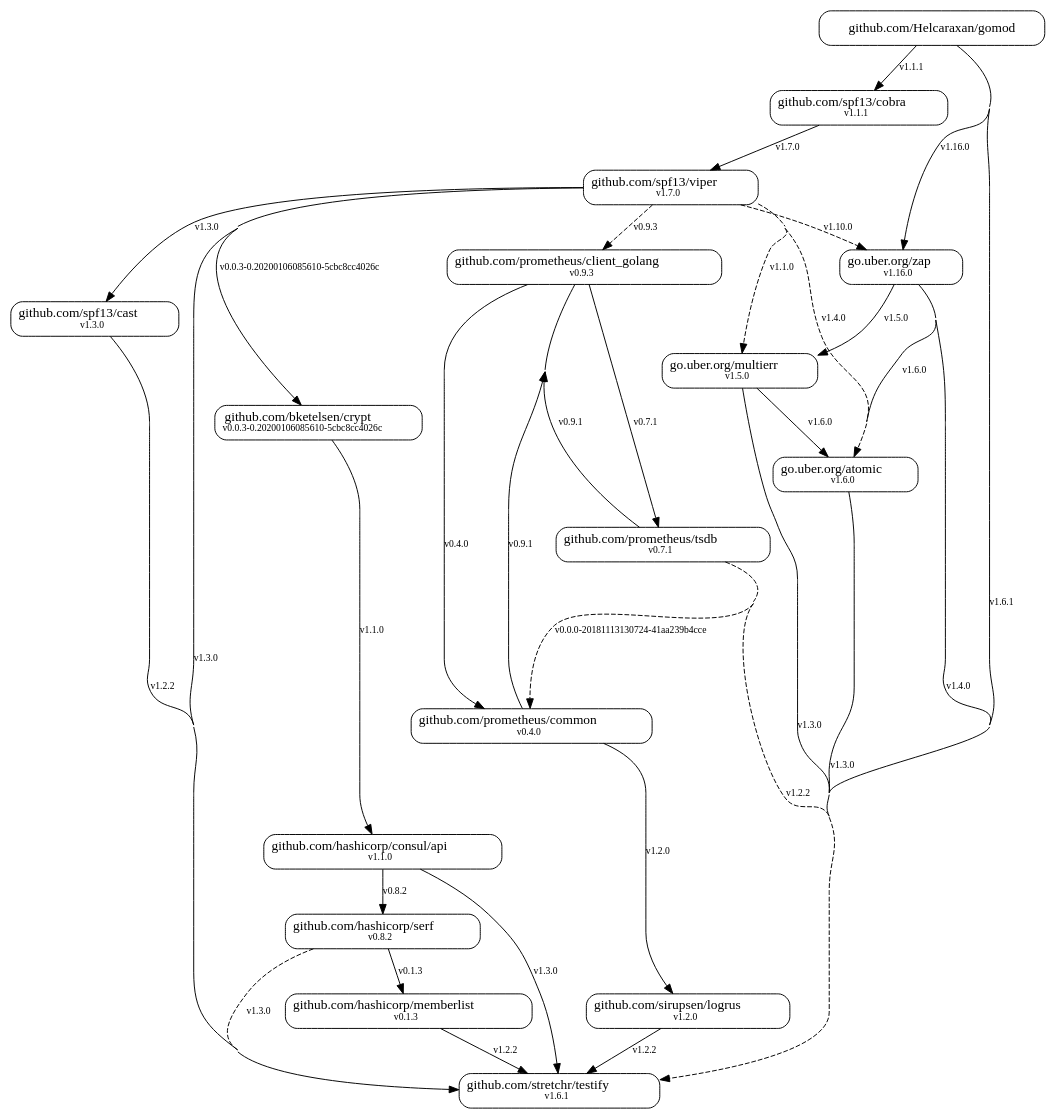
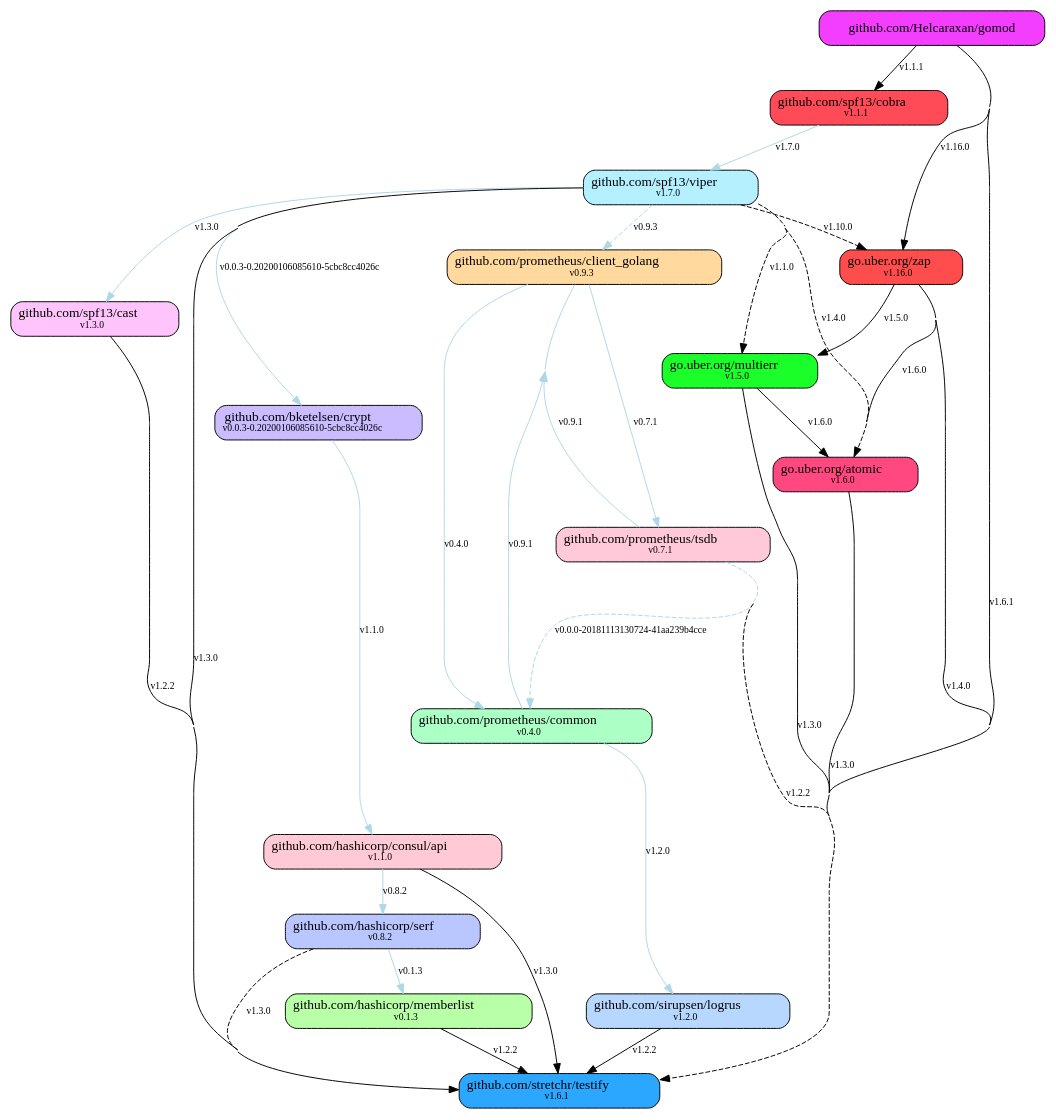
One commit to Helcaraxan/gomod changed the diagram in images/dependency-chains.dot. Above: the diagram before and after it, drawn with Graphviz. The commit also changed 12 other files, not shown here.

Commit message:
Colour-code graph nodes

```diff
--- a/images/dependency-chains.dot
+++ b/images/dependency-chains.dot
@@ -1,53 +1,53 @@
 strict digraph {
-  node [shape=box,style=rounded]
+  node [shape=box,style="rounded,filled"]
   start=0
   concentrate=true
-  "github.com/Helcaraxan/gomod"
-  "github.com/bketelsen/crypt" [label=<github.com/bketelsen/crypt<br /><font point-size="10">v0.0.3-0.20200106085610-5cbc8cc4026c</font>>]
-  "github.com/hashicorp/consul/api" [label=<github.com/hashicorp/consul/api<br /><font point-size="10">v1.1.0</font>>]
-  "github.com/hashicorp/memberlist" [label=<github.com/hashicorp/memberlist<br /><font point-size="10">v0.1.3</font>>]
-  "github.com/hashicorp/serf" [label=<github.com/hashicorp/serf<br /><font point-size="10">v0.8.2</font>>]
-  "github.com/prometheus/client_golang" [label=<github.com/prometheus/client_golang<br /><font point-size="10">v0.9.3</font>>]
-  "github.com/prometheus/common" [label=<github.com/prometheus/common<br /><font point-size="10">v0.4.0</font>>]
-  "github.com/prometheus/tsdb" [label=<github.com/prometheus/tsdb<br /><font point-size="10">v0.7.1</font>>]
-  "github.com/sirupsen/logrus" [label=<github.com/sirupsen/logrus<br /><font point-size="10">v1.2.0</font>>]
-  "github.com/spf13/cast" [label=<github.com/spf13/cast<br /><font point-size="10">v1.3.0</font>>]
-  "github.com/spf13/cobra" [label=<github.com/spf13/cobra<br /><font point-size="10">v1.1.1</font>>]
-  "github.com/spf13/viper" [label=<github.com/spf13/viper<br /><font point-size="10">v1.7.0</font>>]
-  "github.com/stretchr/testify" [label=<github.com/stretchr/testify<br /><font point-size="10">v1.6.1</font>>]
-  "go.uber.org/atomic" [label=<go.uber.org/atomic<br /><font point-size="10">v1.6.0</font>>]
-  "go.uber.org/multierr" [label=<go.uber.org/multierr<br /><font point-size="10">v1.5.0</font>>]
-  "go.uber.org/zap" [label=<go.uber.org/zap<br /><font point-size="10">v1.16.0</font>>]
+  "github.com/Helcaraxan/gomod" [fontcolor="0.000 0.000 0.000",fillcolor="0.824 0.753 1.000"]
+  "github.com/bketelsen/crypt" [fontcolor="0.000 0.000 0.000",fillcolor="0.702 0.260 1.000",label=<github.com/bketelsen/crypt<br /><font point-size="10">v0.0.3-0.20200106085610-5cbc8cc4026c</font>>]
+  "github.com/hashicorp/consul/api" [fontcolor="0.000 0.000 0.000",fillcolor="0.965 0.207 1.000",label=<github.com/hashicorp/consul/api<br /><font point-size="10">v1.1.0</font>>]
+  "github.com/hashicorp/memberlist" [fontcolor="0.000 0.000 0.000",fillcolor="0.302 0.340 1.000",label=<github.com/hashicorp/memberlist<br /><font point-size="10">v0.1.3</font>>]
+  "github.com/hashicorp/serf" [fontcolor="0.000 0.000 0.000",fillcolor="0.635 0.273 1.000",label=<github.com/hashicorp/serf<br /><font point-size="10">v0.8.2</font>>]
+  "github.com/prometheus/client_golang" [fontcolor="0.000 0.000 0.000",fillcolor="0.102 0.380 1.000",label=<github.com/prometheus/client_golang<br /><font point-size="10">v0.9.3</font>>]
+  "github.com/prometheus/common" [fontcolor="0.000 0.000 0.000",fillcolor="0.384 0.323 1.000",label=<github.com/prometheus/common<br /><font point-size="10">v0.4.0</font>>]
+  "github.com/prometheus/tsdb" [fontcolor="0.000 0.000 0.000",fillcolor="0.945 0.211 1.000",label=<github.com/prometheus/tsdb<br /><font point-size="10">v0.7.1</font>>]
+  "github.com/sirupsen/logrus" [fontcolor="0.000 0.000 0.000",fillcolor="0.592 0.282 1.000",label=<github.com/sirupsen/logrus<br /><font point-size="10">v1.2.0</font>>]
+  "github.com/spf13/cast" [fontcolor="0.000 0.000 0.000",fillcolor="0.843 0.231 1.000",label=<github.com/spf13/cast<br /><font point-size="10">v1.3.0</font>>]
+  "github.com/spf13/cobra" [fontcolor="0.000 0.000 0.000",fillcolor="0.988 0.704 1.000",label=<github.com/spf13/cobra<br /><font point-size="10">v1.1.1</font>>]
+  "github.com/spf13/viper" [fontcolor="0.000 0.000 0.000",fillcolor="0.533 0.293 1.000",label=<github.com/spf13/viper<br /><font point-size="10">v1.7.0</font>>]
+  "github.com/stretchr/testify" [fontcolor="0.000 0.000 0.000",fillcolor="0.569 0.829 1.000",label=<github.com/stretchr/testify<br /><font point-size="10">v1.6.1</font>>]
+  "go.uber.org/atomic" [fontcolor="0.000 0.000 0.000",fillcolor="0.949 0.715 1.000",label=<go.uber.org/atomic<br /><font point-size="10">v1.6.0</font>>]
+  "go.uber.org/multierr" [fontcolor="0.000 0.000 0.000",fillcolor="0.345 0.896 1.000",label=<go.uber.org/multierr<br /><font point-size="10">v1.5.0</font>>]
+  "go.uber.org/zap" [fontcolor="0.000 0.000 0.000",fillcolor="1.000 0.700 1.000",label=<go.uber.org/zap<br /><font point-size="10">v1.16.0</font>>]
   "github.com/Helcaraxan/gomod" -> "github.com/spf13/cobra" [label=<<font point-size="10">v1.1.1</font>>]
   "github.com/Helcaraxan/gomod" -> "github.com/stretchr/testify" [minlen=4,label=<<font point-size="10">v1.6.1</font>>]
   "github.com/Helcaraxan/gomod" -> "go.uber.org/zap" [minlen=3,label=<<font point-size="10">v1.16.0</font>>]
-  "github.com/bketelsen/crypt" -> "github.com/hashicorp/consul/api" [label=<<font point-size="10">v1.1.0</font>>]
-  "github.com/hashicorp/consul/api" -> "github.com/hashicorp/serf" [label=<<font point-size="10">v0.8.2</font>>]
+  "github.com/bketelsen/crypt" -> "github.com/hashicorp/consul/api" [color=lightblue,label=<<font point-size="10">v1.1.0</font>>]
+  "github.com/hashicorp/consul/api" -> "github.com/hashicorp/serf" [color=lightblue,label=<<font point-size="10">v0.8.2</font>>]
   "github.com/hashicorp/consul/api" -> "github.com/stretchr/testify" [minlen=2,label=<<font point-size="10">v1.3.0</font>>]
   "github.com/hashicorp/memberlist" -> "github.com/stretchr/testify" [label=<<font point-size="10">v1.2.2</font>>]
-  "github.com/hashicorp/serf" -> "github.com/hashicorp/memberlist" [label=<<font point-size="10">v0.1.3</font>>]
+  "github.com/hashicorp/serf" -> "github.com/hashicorp/memberlist" [color=lightblue,label=<<font point-size="10">v0.1.3</font>>]
   "github.com/hashicorp/serf" -> "github.com/stretchr/testify" [minlen=2,style=dashed,label=<<font point-size="10">v1.3.0</font>>]
-  "github.com/prometheus/client_golang" -> "github.com/prometheus/common" [minlen=2,label=<<font point-size="10">v0.4.0</font>>]
-  "github.com/prometheus/client_golang" -> "github.com/prometheus/tsdb" [minlen=3,label=<<font point-size="10">v0.7.1</font>>]
-  "github.com/prometheus/common" -> "github.com/prometheus/client_golang" [label=<<font point-size="10">v0.9.1</font>>]
-  "github.com/prometheus/common" -> "github.com/sirupsen/logrus" [minlen=4,label=<<font point-size="10">v1.2.0</font>>]
-  "github.com/prometheus/tsdb" -> "github.com/prometheus/client_golang" [minlen=2,label=<<font point-size="10">v0.9.1</font>>]
-  "github.com/prometheus/tsdb" -> "github.com/prometheus/common" [minlen=3,style=dashed,label=<<font point-size="10">v0.0.0-20181113130724-41aa239b4cce</font>>]
+  "github.com/prometheus/client_golang" -> "github.com/prometheus/common" [minlen=2,color=lightblue,label=<<font point-size="10">v0.4.0</font>>]
+  "github.com/prometheus/client_golang" -> "github.com/prometheus/tsdb" [minlen=3,color=lightblue,label=<<font point-size="10">v0.7.1</font>>]
+  "github.com/prometheus/common" -> "github.com/prometheus/client_golang" [color=lightblue,label=<<font point-size="10">v0.9.1</font>>]
+  "github.com/prometheus/common" -> "github.com/sirupsen/logrus" [minlen=4,color=lightblue,label=<<font point-size="10">v1.2.0</font>>]
+  "github.com/prometheus/tsdb" -> "github.com/prometheus/client_golang" [minlen=2,color=lightblue,label=<<font point-size="10">v0.9.1</font>>]
+  "github.com/prometheus/tsdb" -> "github.com/prometheus/common" [minlen=3,style=dashed,color=lightblue,label=<<font point-size="10">v0.0.0-20181113130724-41aa239b4cce</font>>]
   "github.com/prometheus/tsdb" -> "github.com/stretchr/testify" [minlen=6,style=dashed,label=<<font point-size="10">v1.2.2</font>>]
   "github.com/sirupsen/logrus" -> "github.com/stretchr/testify" [label=<<font point-size="10">v1.2.2</font>>]
   "github.com/spf13/cast" -> "github.com/stretchr/testify" [label=<<font point-size="10">v1.2.2</font>>]
-  "github.com/spf13/cobra" -> "github.com/spf13/viper" [label=<<font point-size="10">v1.7.0</font>>]
-  "github.com/spf13/viper" -> "github.com/bketelsen/crypt" [label=<<font point-size="10">v0.0.3-0.20200106085610-5cbc8cc4026c</font>>]
-  "github.com/spf13/viper" -> "github.com/prometheus/client_golang" [style=dashed,label=<<font point-size="10">v0.9.3</font>>]
-  "github.com/spf13/viper" -> "github.com/spf13/cast" [label=<<font point-size="10">v1.3.0</font>>]
+  "github.com/spf13/cobra" -> "github.com/spf13/viper" [color=lightblue,label=<<font point-size="10">v1.7.0</font>>]
+  "github.com/spf13/viper" -> "github.com/bketelsen/crypt" [color=lightblue,label=<<font point-size="10">v0.0.3-0.20200106085610-5cbc8cc4026c</font>>]
+  "github.com/spf13/viper" -> "github.com/prometheus/client_golang" [style=dashed,color=lightblue,label=<<font point-size="10">v0.9.3</font>>]
+  "github.com/spf13/viper" -> "github.com/spf13/cast" [color=lightblue,label=<<font point-size="10">v1.3.0</font>>]
   "github.com/spf13/viper" -> "github.com/stretchr/testify" [minlen=6,label=<<font point-size="10">v1.3.0</font>>]
   "github.com/spf13/viper" -> "go.uber.org/atomic" [minlen=3,style=dashed,label=<<font point-size="10">v1.4.0</font>>]
   "github.com/spf13/viper" -> "go.uber.org/multierr" [minlen=2,style=dashed,label=<<font point-size="10">v1.1.0</font>>]
   "github.com/spf13/viper" -> "go.uber.org/zap" [style=dashed,label=<<font point-size="10">v1.10.0</font>>]
   "go.uber.org/atomic" -> "github.com/stretchr/testify" [label=<<font point-size="10">v1.3.0</font>>]
   "go.uber.org/multierr" -> "github.com/stretchr/testify" [minlen=2,label=<<font point-size="10">v1.3.0</font>>]
   "go.uber.org/multierr" -> "go.uber.org/atomic" [label=<<font point-size="10">v1.6.0</font>>]
   "go.uber.org/zap" -> "github.com/stretchr/testify" [minlen=2,label=<<font point-size="10">v1.4.0</font>>]
   "go.uber.org/zap" -> "go.uber.org/atomic" [minlen=2,label=<<font point-size="10">v1.6.0</font>>]
   "go.uber.org/zap" -> "go.uber.org/multierr" [label=<<font point-size="10">v1.5.0</font>>]
 }
```
